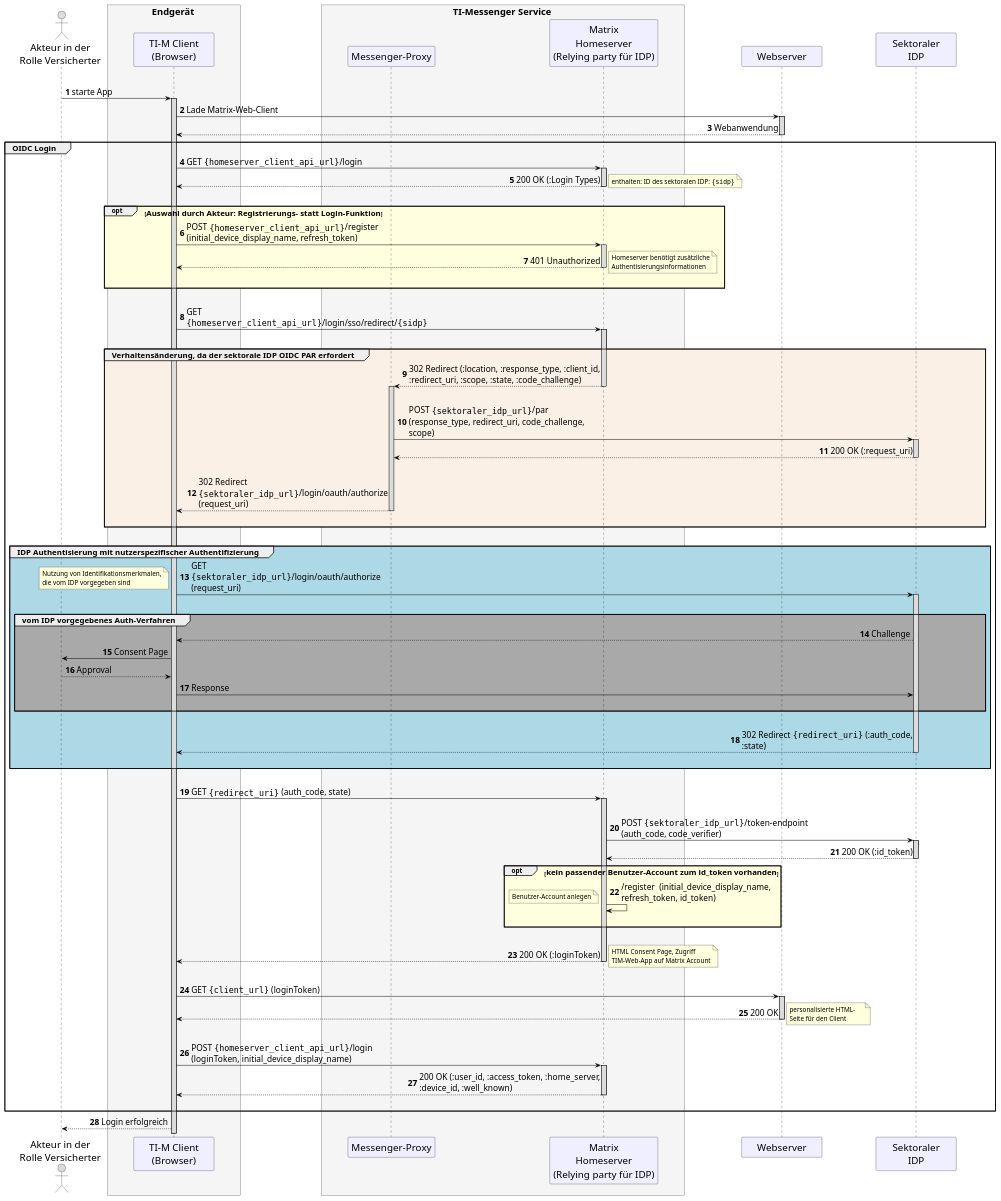
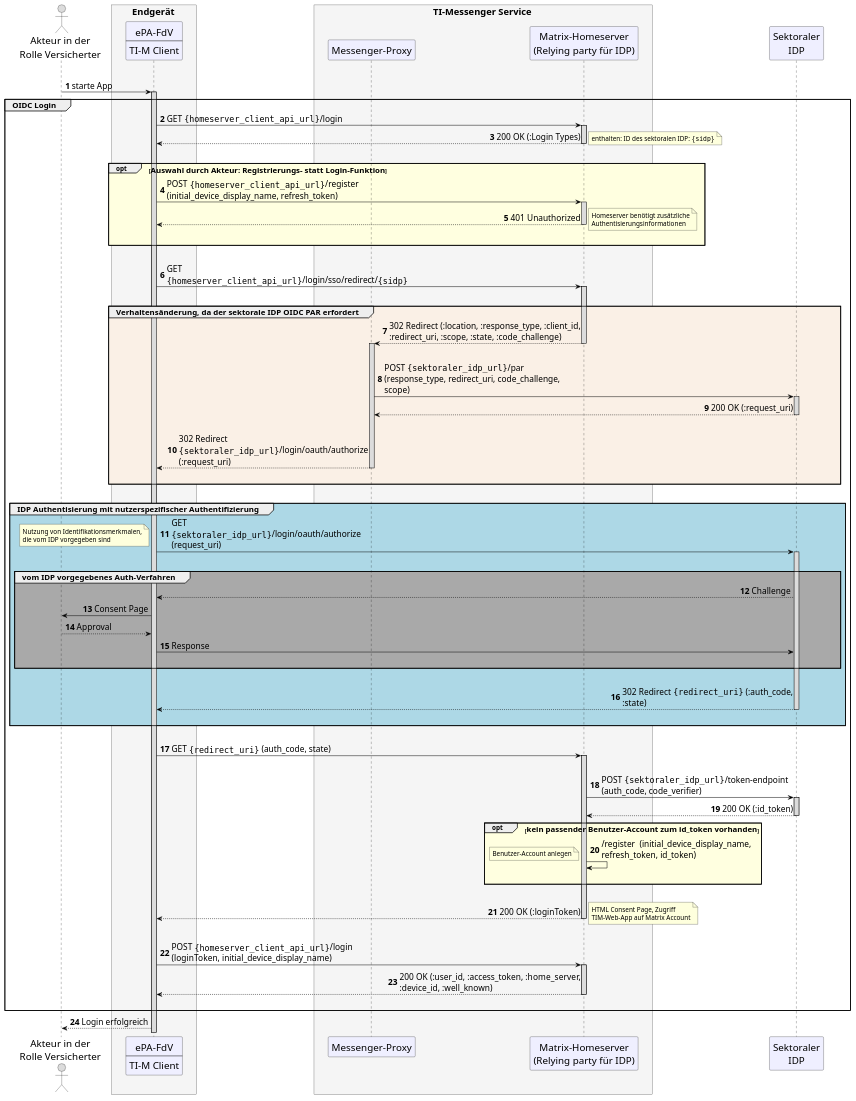
Before and after one commit to gematik/api-ti-messenger: the diagram in src/plantuml/TI-M_ePA/TI-Messenger_OIDC_login_fdv_simplified.puml, drawn with PlantUML.

Commit message:
added FdV abstraction

```diff
--- a/src/plantuml/TI-M_ePA/TI-Messenger_OIDC_login_fdv_simplified.puml
+++ b/src/plantuml/TI-M_ePA/TI-Messenger_OIDC_login_fdv_simplified.puml
@@ -1,129 +1,121 @@
 @startuml "TI-Messenger_OIDC_Login_simplified"
 skinparam sequenceMessageAlign direction
 skinparam WrapWidth 300
-skinparam minClassWidth 150
 skinparam BoxPadding 1
-skinparam ParticipantPadding 50
+skinparam ParticipantPadding 25
 skinparam sequenceReferenceHeaderBackgroundColor palegreen
 scale max 2048 width
 skinparam maxMessageSize 400
 
 skinparam sequence {
 ArrowColor black
 ArrowFontSize 17
 ActorBorderColor black
 LifeLineBorderColor black
 LifeLineBackgroundColor Gainsboro
 
 ParticipantBorderColor Motivation
 ParticipantBackgroundColor Motivation
 ParticipantFontSize 20
 ParticipantFontColor black
 ParticipantBorderColor Black
 ParticipantBackgroundColor MOTIVATION
 
 ActorBackgroundColor Gainsboro
 ActorFontColor black
 ActorFontSize 20
 }
 
 autonumber
 
 actor us as "Akteur in der\nRolle Versicherter"
 box <size:19>Endgerät</size> #WhiteSmoke
-  participant app as "TI-M Client\n(Browser)"
+    participant app [
+      ePA-FdV
+      ----
+      TI-M Client
+    ]
 end box
 box <size:19>TI-Messenger Service</size> #WhiteSmoke
   participant pr as "Messenger-Proxy"
-  participant hs as "Matrix\nHomeserver\n(Relying party für IDP)"
+  participant hs as "Matrix-Homeserver\n(Relying party für IDP)"
 end box
-participant mc as "Webserver"
 participant idp as "Sektoraler\nIDP"
 
 |||
 
 us -> app: starte App
 
 activate app
-  app -> mc: Lade Matrix-Web-Client
-  activate mc
-  mc --> app --: Webanwendung
   group <size:16>OIDC Login</size>
     app -> hs ++: GET ""{homeserver_client_api_url}""/login
     hs --> app --: 200 OK (:Login Types)
     note right
     enthalten: ID des sektoralen IDP: ""{sidp}""
     end note
     |||
     opt #LightYellow <size:16>Auswahl durch Akteur: Registrierungs- statt Login-Funktion</size>
     app -> hs ++: POST ""{homeserver_client_api_url}""/register (initial_device_display_name, refresh_token)
     hs --> app --: 401 Unauthorized
     note right
     Homeserver benötigt zusätzliche Authentisierungsinformationen
     end note
     |||
     end
     |||
     app -> hs++: GET ""{homeserver_client_api_url}""/login/sso/redirect/""{sidp}""
     |||
     group #Linen <size:16>Verhaltensänderung, da der sektorale IDP OIDC PAR erfordert</size>
       hs --> pr --++: 302 Redirect (:location, :response_type, :client_id, :redirect_uri, :scope, :state, :code_challenge)
       |||
       pr -> idp ++: POST ""{sektoraler_idp_url}""/par (response_type, redirect_uri, code_challenge, scope)
 
       idp --> pr --: 200 OK (:request_uri)
       |||
-      pr --> app --: 302 Redirect ""{sektoraler_idp_url}""/login/oauth/authorize (request_uri)
+      pr --> app --: 302 Redirect ""{sektoraler_idp_url}""/login/oauth/authorize (:request_uri)
       |||
     end
     |||
     group #LightBlue <size:16>IDP Authentisierung mit nutzerspezifischer Authentifizierung</size>
       app -> idp ++: GET ""{sektoraler_idp_url}""/login/oauth/authorize (request_uri)
       note left
       Nutzung von Identifikationsmerkmalen,
       die vom IDP vorgegeben sind
       end note
       |||
       group #DarkGray <size:16>vom IDP vorgegebenes Auth-Verfahren</size>
         idp --> app: Challenge
         app -> us: Consent Page
         us --> app: Approval
         app -> idp: Response
       |||
       end
       |||
       idp --> app --: 302 Redirect ""{redirect_uri}"" (:auth_code, :state)
       |||
     end
     |||
     app -> hs ++: GET ""{redirect_uri}"" (auth_code, state)
     |||
     hs -> idp ++: POST ""{sektoraler_idp_url}""/token-endpoint (auth_code, code_verifier)
     idp --> hs --: 200 OK (:id_token)
     opt #LightYellow <size:16>kein passender Benutzer-Account zum id_token vorhanden</size>
     hs -> hs: /register  (initial_device_display_name, refresh_token, id_token)
     note left
     Benutzer-Account anlegen
     end note
     |||
     end
     |||
     hs --> app --: 200 OK (:loginToken)
     note right
     HTML Consent Page, Zugriff
     TIM-Web-App auf Matrix Account
     end note
     |||
-    app -> mc ++: GET ""{client_url}"" (loginToken)
-    mc --> app--: 200 OK
-    note right
-    personalisierte HTML-
-    Seite für den Client
-    end note
-    |||
     app -> hs ++: POST ""{homeserver_client_api_url}""/login (loginToken, initial_device_display_name)
     hs --> app --: 200 OK (:user_id, :access_token, :home_server, :device_id, :well_known)
     |||
   end
   app --> us: Login erfolgreich
 @enduml
```
